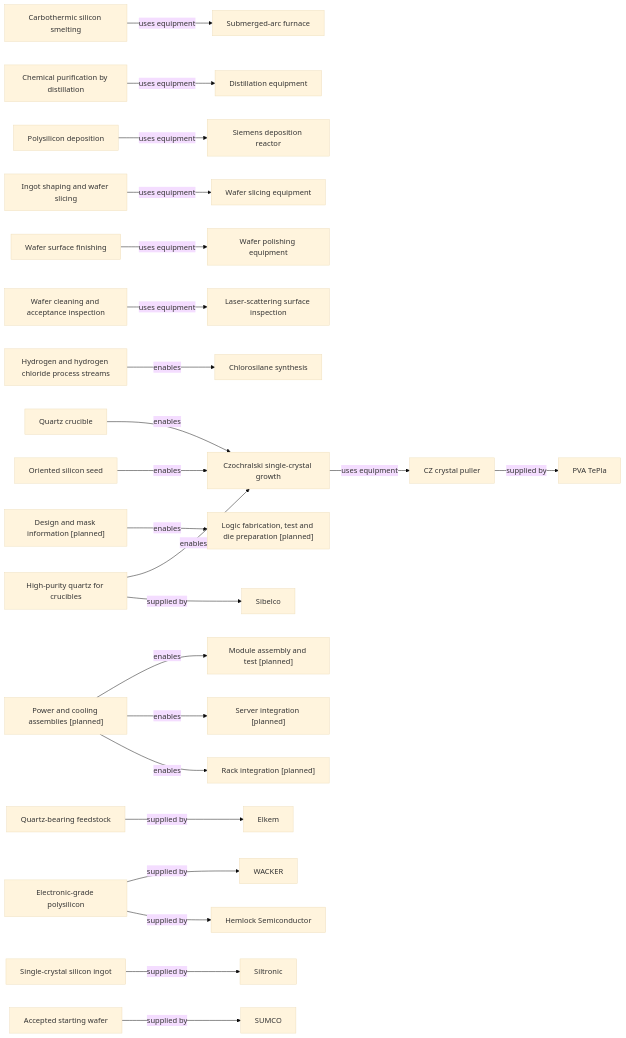
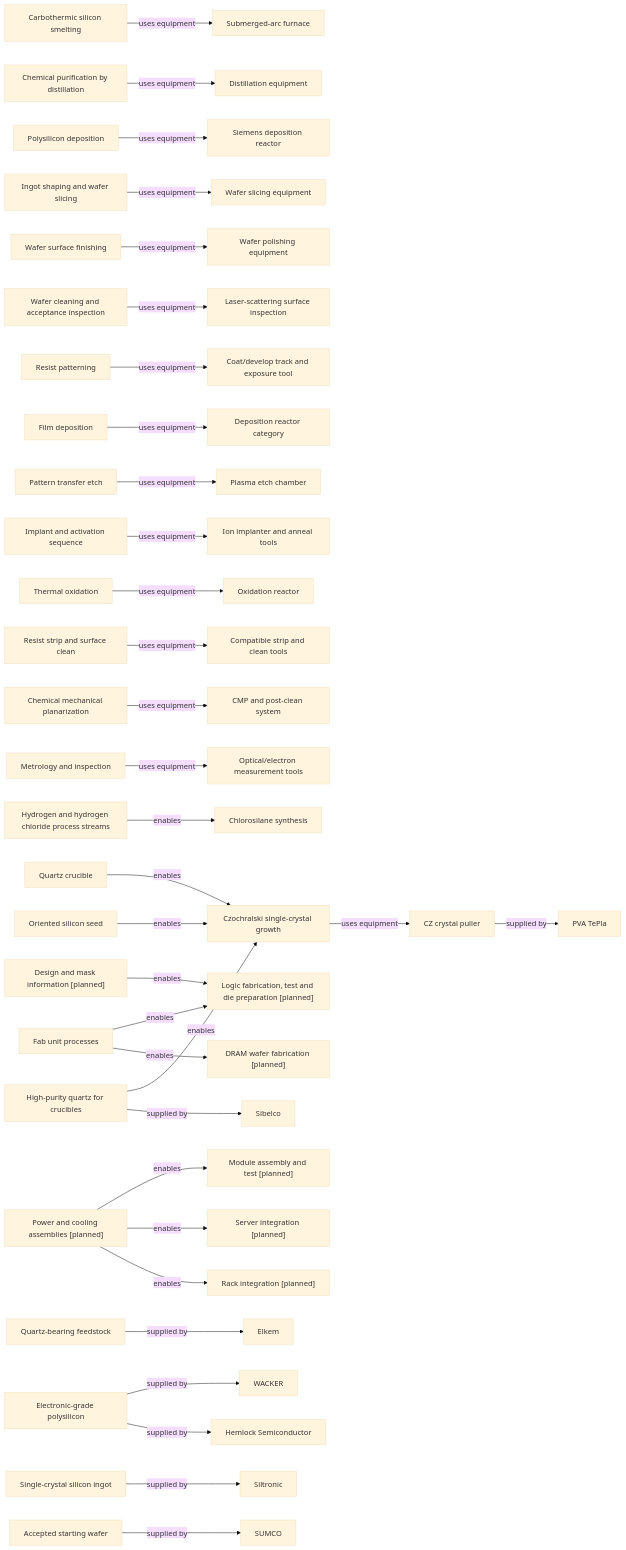
One commit to samuelianrich/semiconductor-manufacturing-kb changed the third of 3 diagrams in DEPENDENCIES.md. Above: the diagram before and after it, drawn with Mermaid (base theme). The commit also changed 70 other files, not shown here.

Commit message:
Build Phase 2 fab fundamentals and evidenced unit-process map

````diff
--- a/DEPENDENCIES.md
+++ b/DEPENDENCIES.md
@@ -205,6 +205,15 @@
   EQ_0005["Wafer slicing equipment"]
   EQ_0006["Wafer polishing equipment"]
   EQ_0007["Laser-scattering surface inspection"]
+  EQ_0101["Coat/develop track and exposure tool"]
+  EQ_0102["Deposition reactor category"]
+  EQ_0103["Plasma etch chamber"]
+  EQ_0104["Ion implanter and anneal tools"]
+  EQ_0105["Oxidation reactor"]
+  EQ_0106["Compatible strip and clean tools"]
+  EQ_0107["CMP and post-clean system"]
+  EQ_0108["Optical/electron measurement tools"]
+  FAM_0100["Fab unit processes"]
   MAT_0001["Quartz-bearing feedstock"]
   MAT_0006["Electronic-grade polysilicon"]
   MAT_0007["Single-crystal silicon ingot"]
@@ -222,9 +231,18 @@
   PROC_0008["Wafer surface finishing"]
   PROC_0009["Wafer cleaning and acceptance inspection"]
   PROC_0030["Logic fabrication, test and die preparation [planned]"]
+  PROC_0031["DRAM wafer fabrication [planned]"]
   PROC_0038["Module assembly and test [planned]"]
   PROC_0039["Server integration [planned]"]
   PROC_0040["Rack integration [planned]"]
+  PROC_0101["Resist patterning"]
+  PROC_0102["Film deposition"]
+  PROC_0103["Pattern transfer etch"]
+  PROC_0104["Implant and activation sequence"]
+  PROC_0105["Thermal oxidation"]
+  PROC_0106["Resist strip and surface clean"]
+  PROC_0107["Chemical mechanical planarization"]
+  PROC_0108["Metrology and inspection"]
   SUP_0001["Elkem"]
   SUP_0002["Sibelco"]
   SUP_0003["WACKER"]
@@ -254,4 +272,14 @@
   EQ_0004 -->|"supplied by"| SUP_0005
   MAT_0007 -->|"supplied by"| SUP_0006
   MAT_0010 -->|"supplied by"| SUP_0007
+  PROC_0101 -->|"uses equipment"| EQ_0101
+  PROC_0102 -->|"uses equipment"| EQ_0102
+  PROC_0103 -->|"uses equipment"| EQ_0103
+  PROC_0104 -->|"uses equipment"| EQ_0104
+  PROC_0105 -->|"uses equipment"| EQ_0105
+  PROC_0106 -->|"uses equipment"| EQ_0106
+  PROC_0107 -->|"uses equipment"| EQ_0107
+  PROC_0108 -->|"uses equipment"| EQ_0108
+  FAM_0100 -->|"enables"| PROC_0030
+  FAM_0100 -->|"enables"| PROC_0031
 ```
````
